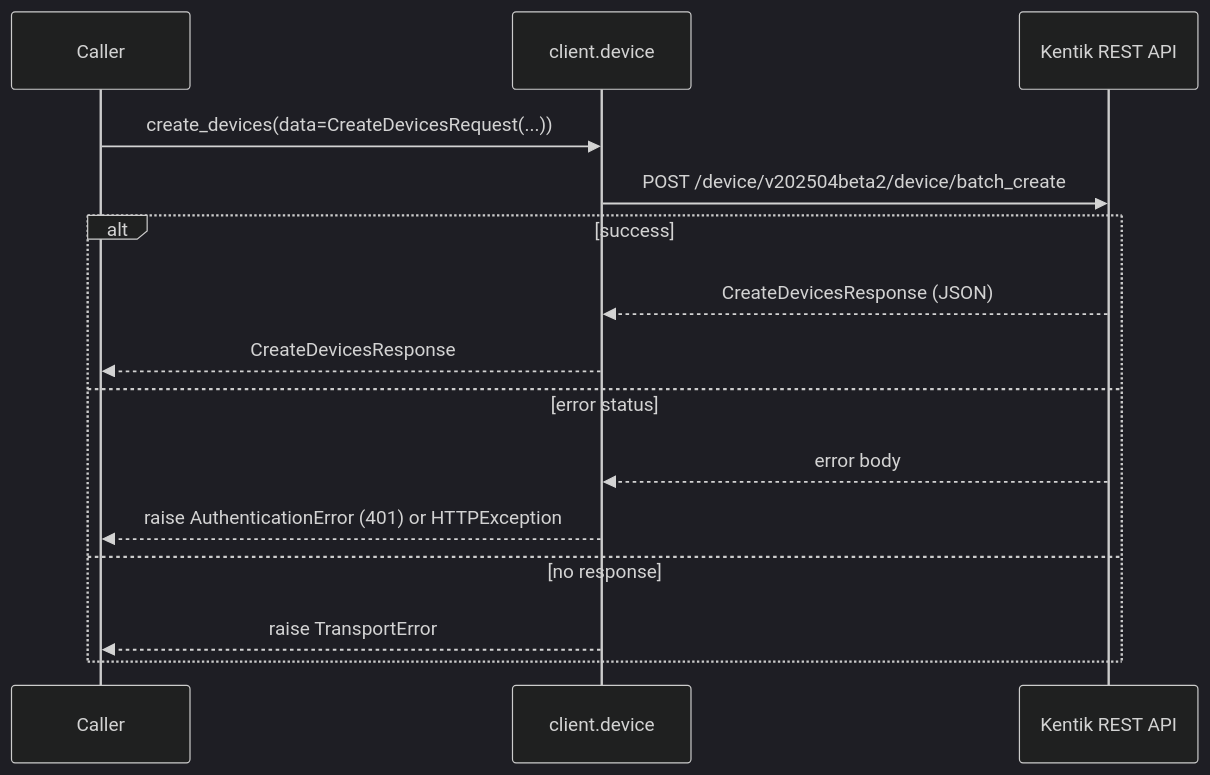
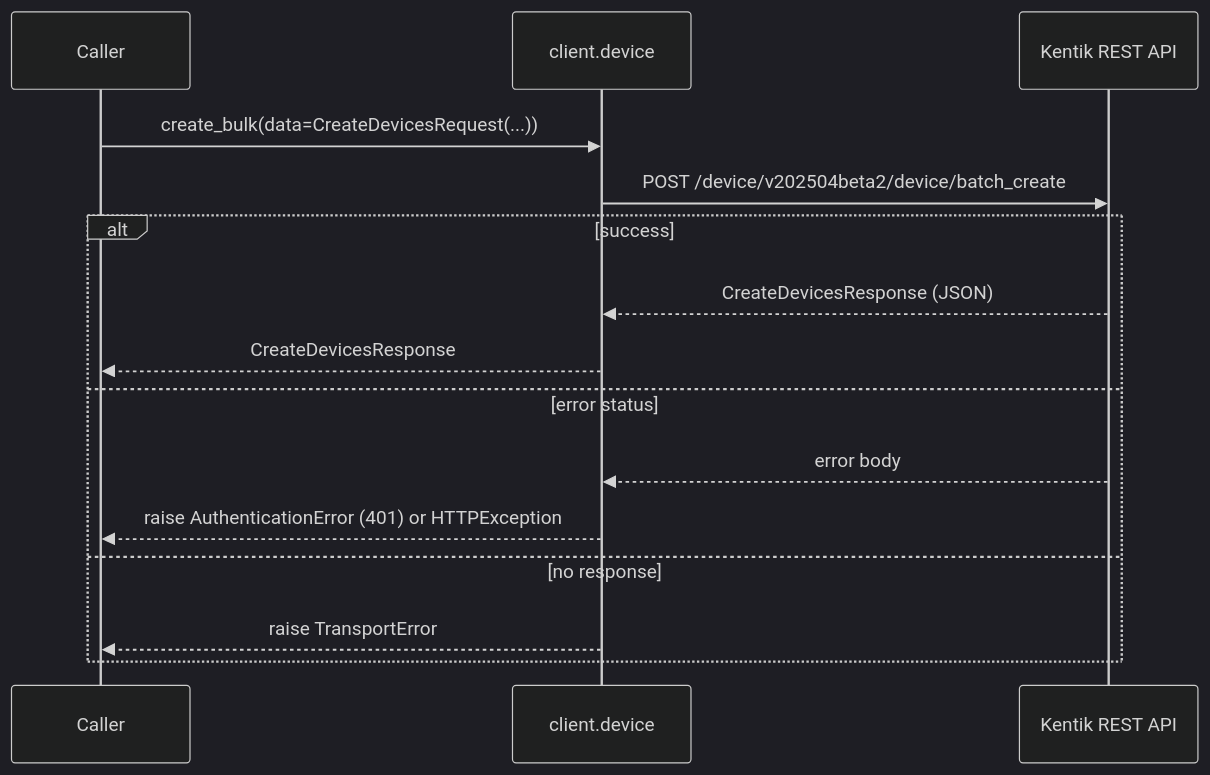
One commit to alexdearaujo/community_sdk_python changed the sixth of 22 diagrams in docs/sphinx/services/device.md. Above: the diagram before and after it, drawn with Mermaid (dark theme). The commit also changed other lines of this file and 119 other files, not shown here.

````diff
--- a/docs/sphinx/services/device.md
+++ b/docs/sphinx/services/device.md
@@ -190,18 +190,18 @@
 ```mermaid
 sequenceDiagram
     participant C as Caller
     participant W as client.device
     participant API as Kentik REST API
 
-    C->>W: create_devices(data=CreateDevicesRequest(...))
+    C->>W: create_bulk(data=CreateDevicesRequest(...))
     W->>API: POST /device/v202504beta2/device/batch_create
     alt success
         API-->>W: CreateDevicesResponse (JSON)
         W-->>C: CreateDevicesResponse
     else error status
         API-->>W: error body
         W-->>C: raise AuthenticationError (401) or HTTPException
     else no response
         W-->>C: raise TransportError
     end
 ```
````
